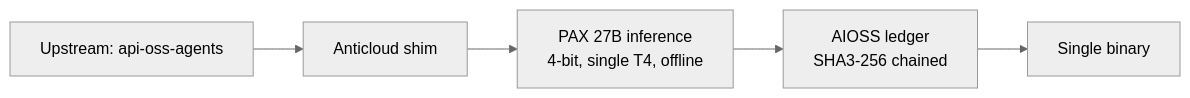
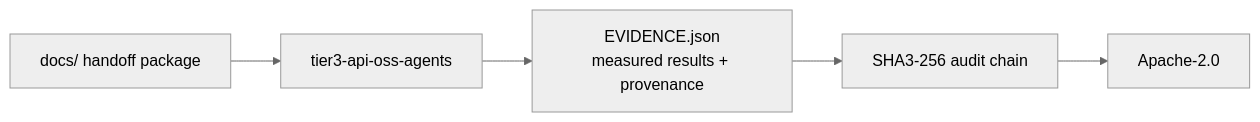
One commit to the-anticloud/tier3-api-oss-agents changed the diagram in README.md. Above: the diagram before and after it, drawn with Mermaid (neutral theme). The commit also changed other lines of this file and 10 other files, not shown here.

````diff
--- a/README.md
+++ b/README.md
@@ -11,7 +22,7 @@
 ```mermaid
 graph LR
-    U[Upstream: api-oss-agents] --> S[Anticloud shim]
-    S --> P[PAX 27B inference<br/>4-bit, single T4, offline]
-    P --> A[AIOSS ledger<br/>SHA3-256 chained]
-    A --> B[Single binary]
+    D[docs/ handoff package] --> R[tier3-api-oss-agents]
+    R --> E[EVIDENCE.json\nmeasured results + provenance]
+    E --> A[SHA3-256 audit chain]
+    A --> L[Apache-2.0]
 ```
````
